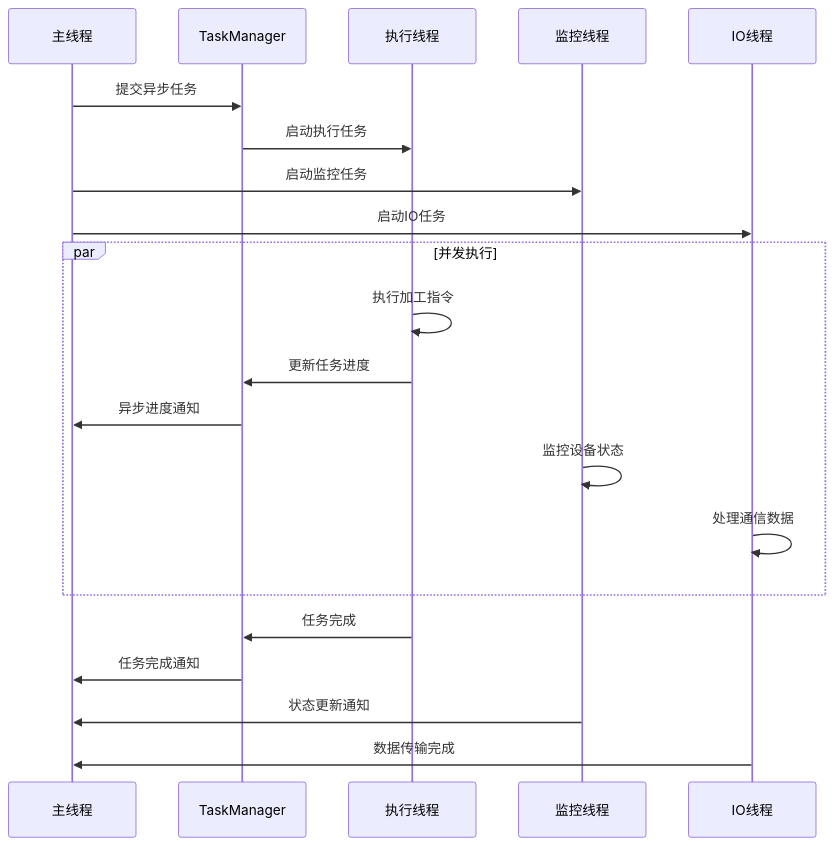
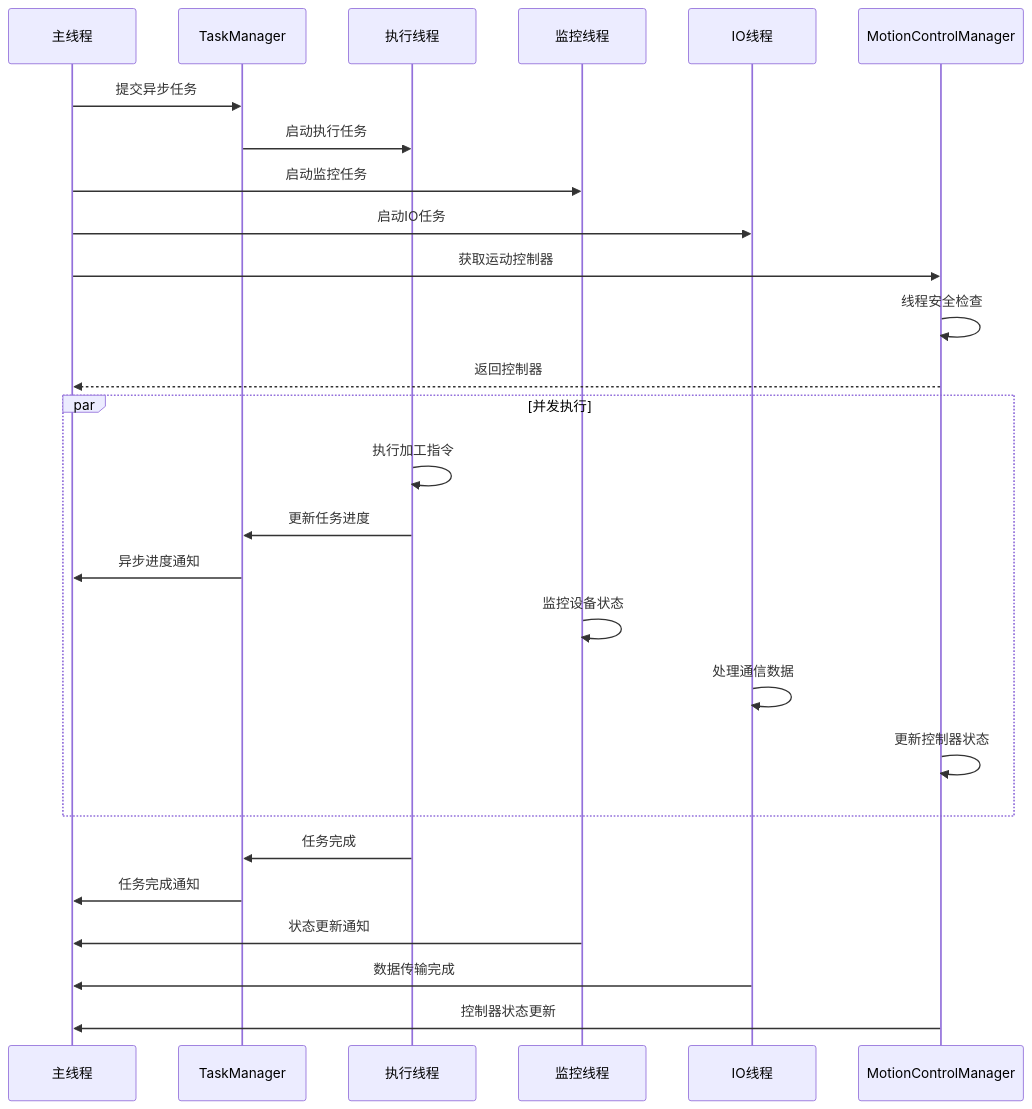
Diagram 22 of 26 in .qoder/repowiki/zh/content/项目概述/模块设计/Process模块设计/Process模块服务管理架构改进.md (super1wang/LaserCNCv1.0), drawn with Mermaid before and after one commit. The commit also changed other lines of this file and 25 other files, not shown here.

````diff
--- a/.qoder/repowiki/zh/content/项目概述/模块设计/Process模块设计/Process模块服务管理架构改进.md
+++ b/.qoder/repowiki/zh/content/项目概述/模块设计/Process模块设计/Process模块服务管理架构改进.md
@@ -837,23 +1154,29 @@
 ```mermaid
 sequenceDiagram
 participant Main as 主线程
 participant TaskMgr as TaskManager
 participant ExecThread as 执行线程
 participant MonitorThread as 监控线程
 participant IOThread as IO线程
+participant MotionCtlMgr as MotionControlManager
 Main->>TaskMgr : 提交异步任务
 TaskMgr->>ExecThread : 启动执行任务
 Main->>MonitorThread : 启动监控任务
 Main->>IOThread : 启动IO任务
+Main->>MotionCtlMgr : 获取运动控制器
+MotionCtlMgr->>MotionCtlMgr : 线程安全检查
+MotionCtlMgr-->>Main : 返回控制器
 par 并发执行
 ExecThread->>ExecThread : 执行加工指令
 ExecThread->>TaskMgr : 更新任务进度
 TaskMgr->>Main : 异步进度通知
 MonitorThread->>MonitorThread : 监控设备状态
 IOThread->>IOThread : 处理通信数据
+MotionCtlMgr->>MotionCtlMgr : 更新控制器状态
 end
 ExecThread->>TaskMgr : 任务完成
 TaskMgr->>Main : 任务完成通知
 MonitorThread->>Main : 状态更新通知
 IOThread->>Main : 数据传输完成
+MotionCtlMgr->>Main : 控制器状态更新
 ```
````
